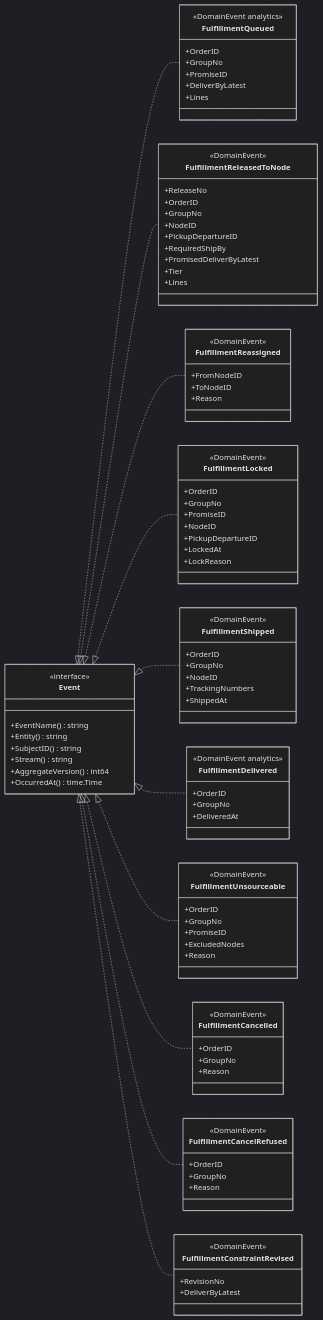
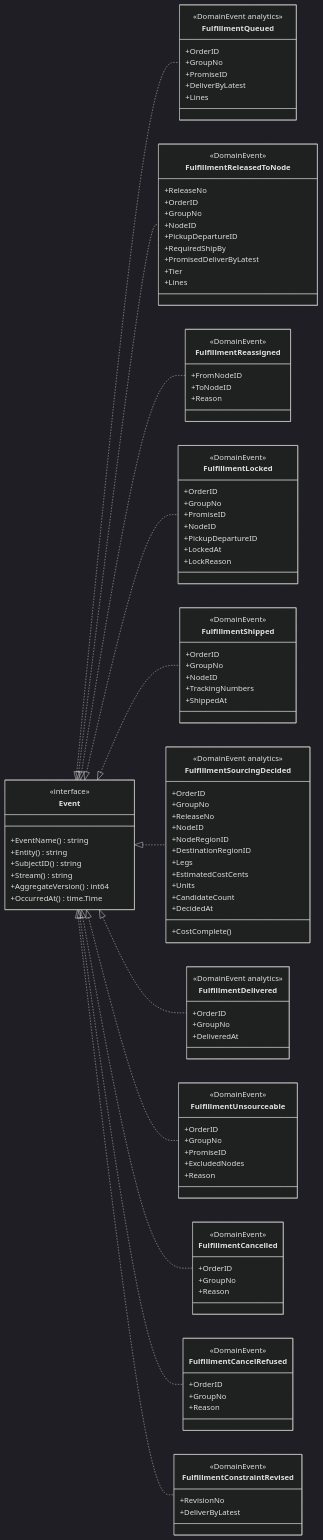
Before and after one commit to IQVO/order-sourcing: the third of 5 diagrams in docs/docs/ddd/class-diagram.md, drawn with Mermaid (dark theme). The commit also changed other lines of this file and 23 other files, not shown here.

First line of the commit message:
feat(analytics): default-off chart components, docs, rules and the end-to-end test (ADR 0013)

```diff
--- a/docs/docs/ddd/class-diagram.md
+++ b/docs/docs/ddd/class-diagram.md
@@ -213,6 +213,21 @@
         +TrackingNumbers
         +ShippedAt
     }
+    class FulfillmentSourcingDecided {
+        <<DomainEvent analytics>>
+        +OrderID
+        +GroupNo
+        +ReleaseNo
+        +NodeID
+        +NodeRegionID
+        +DestinationRegionID
+        +Legs
+        +EstimatedCostCents
+        +Units
+        +CandidateCount
+        +DecidedAt
+        +CostComplete()
+    }
     class FulfillmentDelivered {
         <<DomainEvent analytics>>
         +OrderID
@@ -249,6 +264,7 @@
     Event <|.. FulfillmentReassigned
     Event <|.. FulfillmentLocked
     Event <|.. FulfillmentShipped
+    Event <|.. FulfillmentSourcingDecided
     Event <|.. FulfillmentDelivered
     Event <|.. FulfillmentUnsourceable
     Event <|.. FulfillmentCancelled
```
